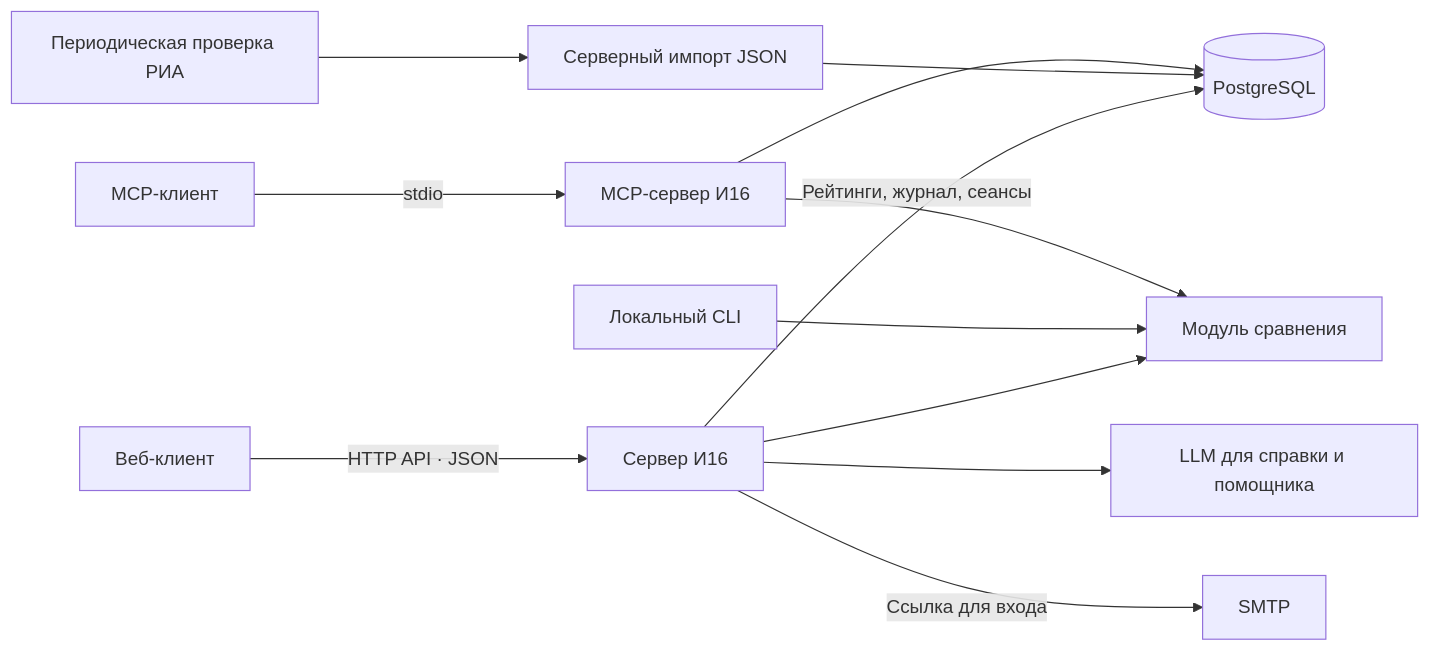
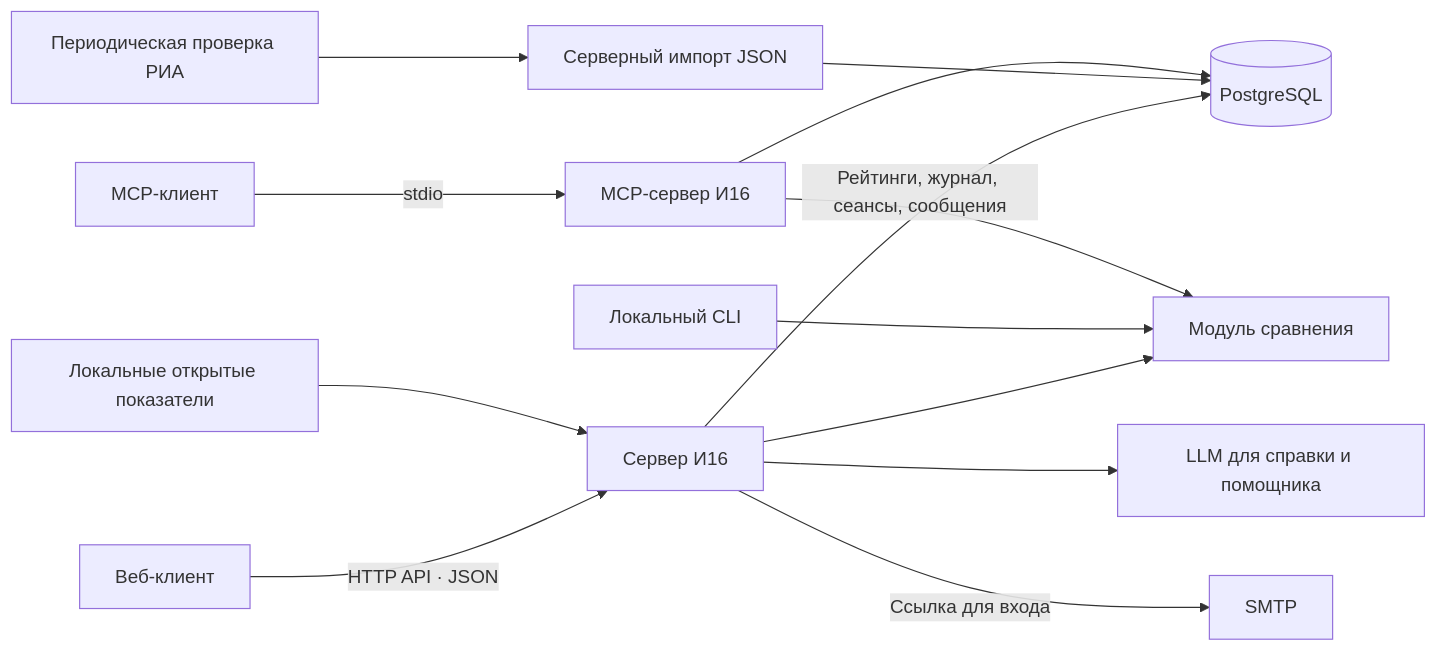
The diagram in docs/architecture.md (safonovman89-cloud/rating), drawn with Mermaid before and after one commit. The commit also changed other lines of this file and 19 other files, not shown here.

````diff
--- a/docs/architecture.md
+++ b/docs/architecture.md
@@ -3,14 +3,15 @@
 ```mermaid
 flowchart LR
     Web[Веб-клиент] -->|HTTP API · JSON| Server[Сервер И16]
-    Server -->|Рейтинги, журнал, сеансы| DB[(PostgreSQL)]
+    Server -->|Рейтинги, журнал, сеансы, сообщения| DB[(PostgreSQL)]
+    Indicators[Локальные открытые показатели] --> Server
     Server --> Core[Модуль сравнения]
     Server --> Model[LLM для справки и помощника]
     Server -->|Ссылка для входа| Mail[SMTP]
     CLI[Локальный CLI] --> Core
     Import[Серверный импорт JSON] --> DB
     Refresh[Периодическая проверка РИА] --> Import
     MCPClient[MCP-клиент] -->|stdio| MCP[MCP-сервер И16]
     MCP --> Core
     MCP --> DB
 ```
````
